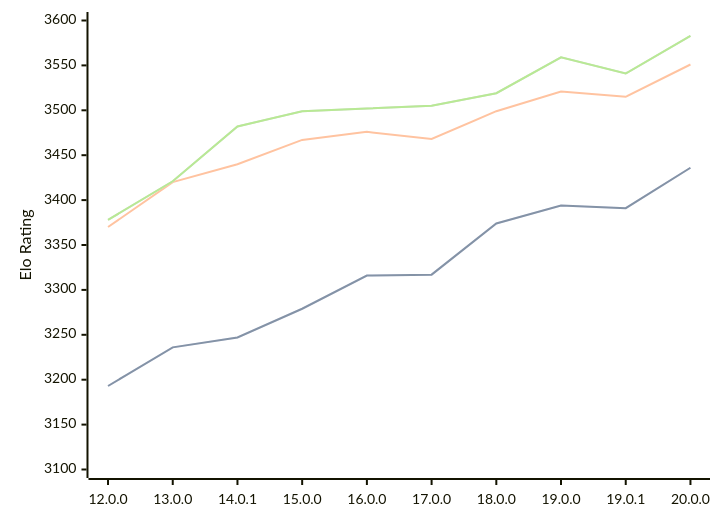
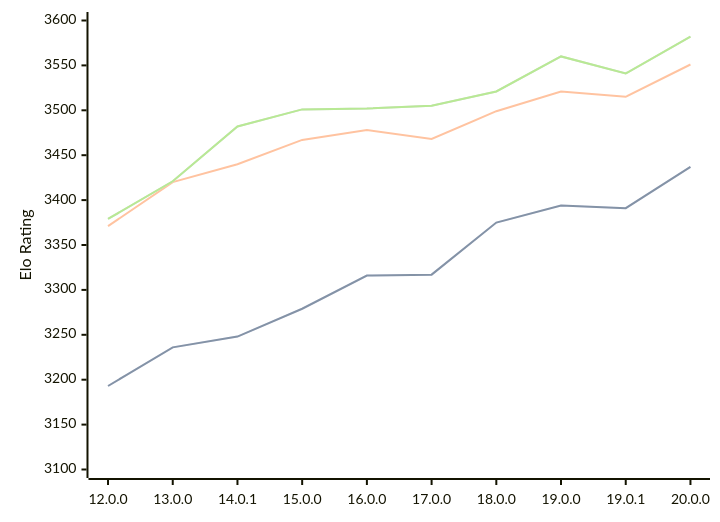
Before and after one commit to computer-chess-index/cci: the diagram in engines/Viridithas.md, drawn with Mermaid. The commit also changed other lines of this file, not shown here.

Commit message:
Update CCI Ratings (ELO VLTC) - 2026-07-20

````diff
--- a/engines/Viridithas.md
+++ b/engines/Viridithas.md
@@ -64,11 +64,11 @@
 ```mermaid
 %%{init: {"theme":"base","themeVariables":{"seriesColors:['#a3a3a3','#222221','#faa371']}}}%%
 xychart-beta
   x-axis ["12.0.0", "13.0.0", "14.0.1", "15.0.0", "16.0.0", "17.0.0", "18.0.0", "19.0.0", "19.0.1", "20.0.0"]
   y-axis "Elo Rating" 3100 --> 3600
-  line "STC (8.0+0.08s)" [3193, 3236, 3247, 3279, 3316, 3317, 3374, 3394, 3391, 3436]
-  line "STC (8.0+0.08s)" [3193, 3236, 3247, 3279, 3316, 3317, 3374, 3394, 3391, 3436]
-  line "LTC (60.0+0.60s)" [3370, 3420, 3440, 3467, 3476, 3468, 3499, 3521, 3515, 3551]
-  line "VLTC (2m24s+1.12s)" [3378, 3421, 3482, 3499, 3502, 3505, 3519, 3559, 3541, 3583]
-  line "VLTC (2m24s+1.12s)" [3378, 3421, 3482, 3499, 3502, 3505, 3519, 3559, 3541, 3583]
+  line "STC (8.0+0.08s)" [3193, 3236, 3248, 3279, 3316, 3317, 3375, 3394, 3391, 3437]
+  line "STC (8.0+0.08s)" [3193, 3236, 3248, 3279, 3316, 3317, 3375, 3394, 3391, 3437]
+  line "LTC (60.0+0.60s)" [3371, 3420, 3440, 3467, 3478, 3468, 3499, 3521, 3515, 3551]
+  line "VLTC (2m24s+1.12s)" [3379, 3421, 3482, 3501, 3502, 3505, 3521, 3560, 3541, 3582]
+  line "VLTC (2m24s+1.12s)" [3379, 3421, 3482, 3501, 3502, 3505, 3521, 3560, 3541, 3582]
 ```
````
